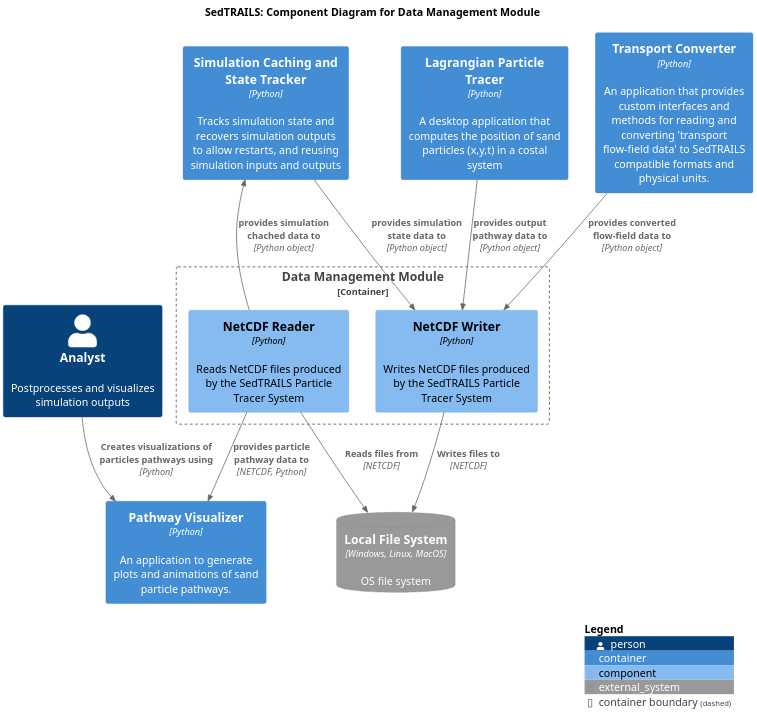
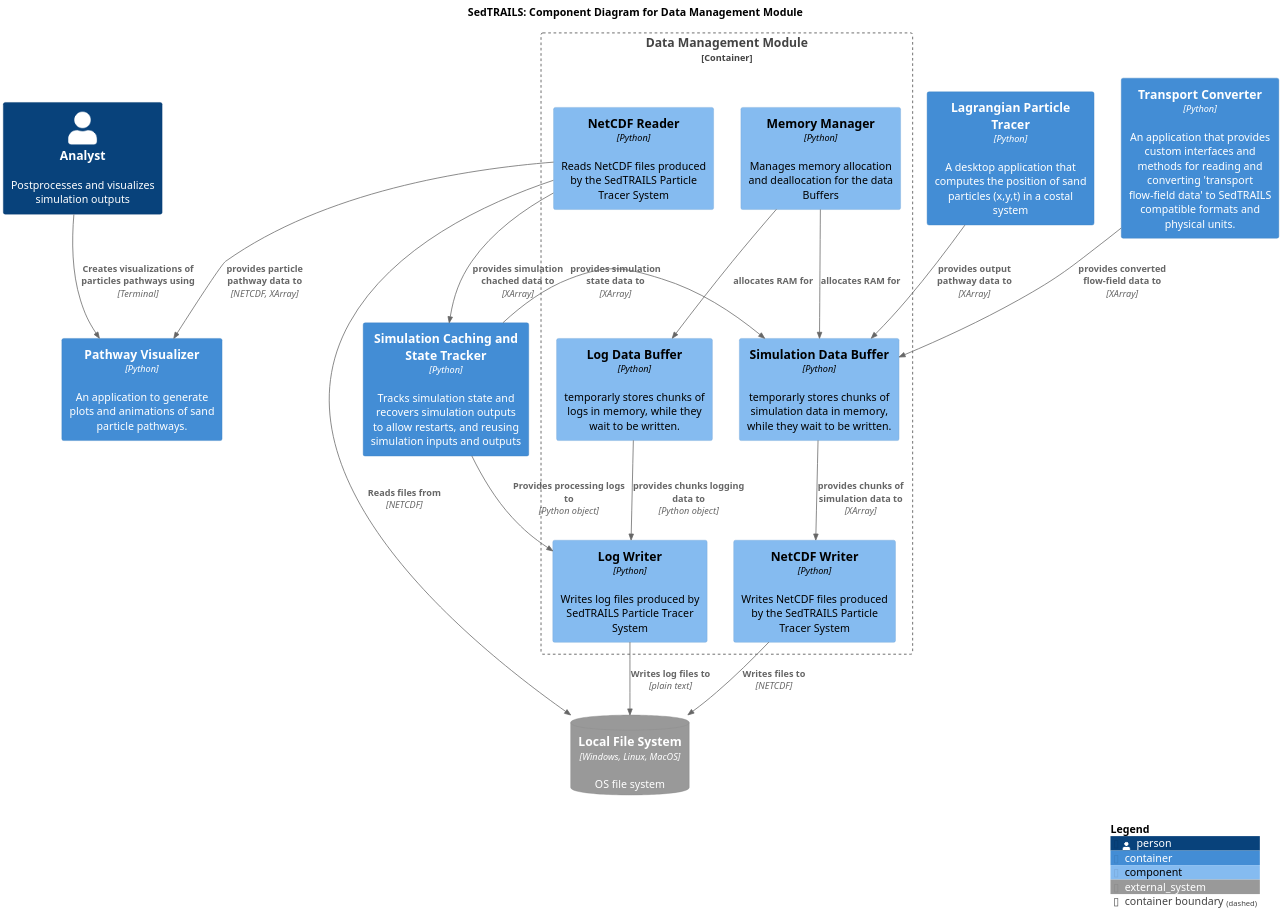
Before and after one commit to sgpearson17/sedtrails-sgp: the diagram in diagrams/componets-data-app.puml, drawn with PlantUML.

Commit message:
update data management diagram base on notes 5th february

```diff
--- a/diagrams/componets-data-app.puml
+++ b/diagrams/componets-data-app.puml
@@ -1,37 +1,55 @@
 @startuml SedtrailComponentsDataManagement
 !include ./c4/C4_Component.puml
 
 ' LAYOUT_LANDSCAPE()
 
 title SedTRAILS: Component Diagram for Data Management Module
 scale 2
 
 Person(analyst, "Analyst", "Postprocesses and visualizes simulation outputs")
 
 Container(pathwayVisualizer, "Pathway Visualizer", "Python", "An application to generate plots and animations of sand particle pathways.")
 Container(cache, "Simulation Caching and State Tracker", "Python", "Tracks simulation state and recovers simulation outputs to allow restarts, and reusing simulation inputs and outputs")
 
 Container(particleTracer, "Lagrangian Particle Tracer", "Python", "A desktop application that computes the position of sand particles (x,y,t) in a costal system")
 
 Container(transportConverter, "Transport Converter", "Python", "An application that provides custom interfaces and methods for reading and converting 'transport flow-field data' to SedTRAILS compatible formats and physical units.")
 
 SystemDb_Ext(fileSystem, "Local File System", "OS file system", $type="Windows, Linux, MacOS")
 
 Container_Boundary(dataManager, "Data Management Module", "Python", "An application that manage data and files produced by the SedTRAILS Pacticle Tracer System"){
+    ' Component(logReader, "Log Reader", "Python", "Read logs from a file produced by SedTRAILS Particle Tracer System")
+    Component(logWriter, "Log Writer", "Python", "Writes log files produced by SedTRAILS Particle Tracer System")
     Component(fileReader, "NetCDF Reader", "Python", "Reads NetCDF files produced by the SedTRAILS Particle Tracer System")
     Component(fileWriter, "NetCDF Writer", "Python", "Writes NetCDF files produced by the SedTRAILS Particle Tracer System")
+    Component(simulBuffer, "Simulation Data Buffer", "Python", "temporarly stores chunks of simulation data in memory, while they wait to be written.")
+    Component(logBuffer, "Log Data Buffer", "Python", "temporarly stores chunks of logs in memory, while they wait to be written.")
+
+    Component(memoryManager, "Memory Manager", "Python", "Manages memory allocation and deallocation for the data Buffers")
+
+    Rel(simulBuffer, fileWriter, "provides chunks of simulation data to", "XArray")
+    Rel(logBuffer, logWriter, "provides chunks logging data to", "Python object")
+
+    Rel(memoryManager, simulBuffer, "allocates RAM for")
+    Rel(memoryManager, logBuffer, "allocates RAM for")
+
 }
 
 Rel(fileReader, fileSystem, "Reads files from", "NETCDF")
 Rel(fileWriter, fileSystem, "Writes files to", "NETCDF")
-Rel(transportConverter, fileWriter, "provides converted flow-field data to", "Python object")
-Rel(particleTracer, fileWriter, "provides output pathway data to", "Python object")
-Rel(cache, fileWriter, "provides simulation state data to", "Python object")
 
-Rel(fileReader, cache, "provides simulation chached data to", "Python object")
+' Rel(logReader, fileSystem, "Reads log files from", "plain text")
+Rel(logWriter, fileSystem, "Writes log files to", "plain text")
+Rel(cache, logWriter, "Provides processing logs to", "Python object")
 
-Rel(fileReader, pathwayVisualizer, "provides particle pathway data to", "NETCDF, Python")
-Rel(analyst, pathwayVisualizer, "Creates visualizations of particles pathways using", "Python")
+Rel(transportConverter, simulBuffer, "provides converted flow-field data to", "XArray")
+Rel(particleTracer, simulBuffer, "provides output pathway data to", "XArray")
+Rel(cache, simulBuffer, "provides simulation state data to", "XArray")
+
+Rel(fileReader, cache, "provides simulation chached data to", "XArray")
+
+Rel(fileReader, pathwayVisualizer, "provides particle pathway data to", "NETCDF, XArray")
+Rel(analyst, pathwayVisualizer, "Creates visualizations of particles pathways using", "Terminal")
 
 SHOW_LEGEND()
 @enduml
```
